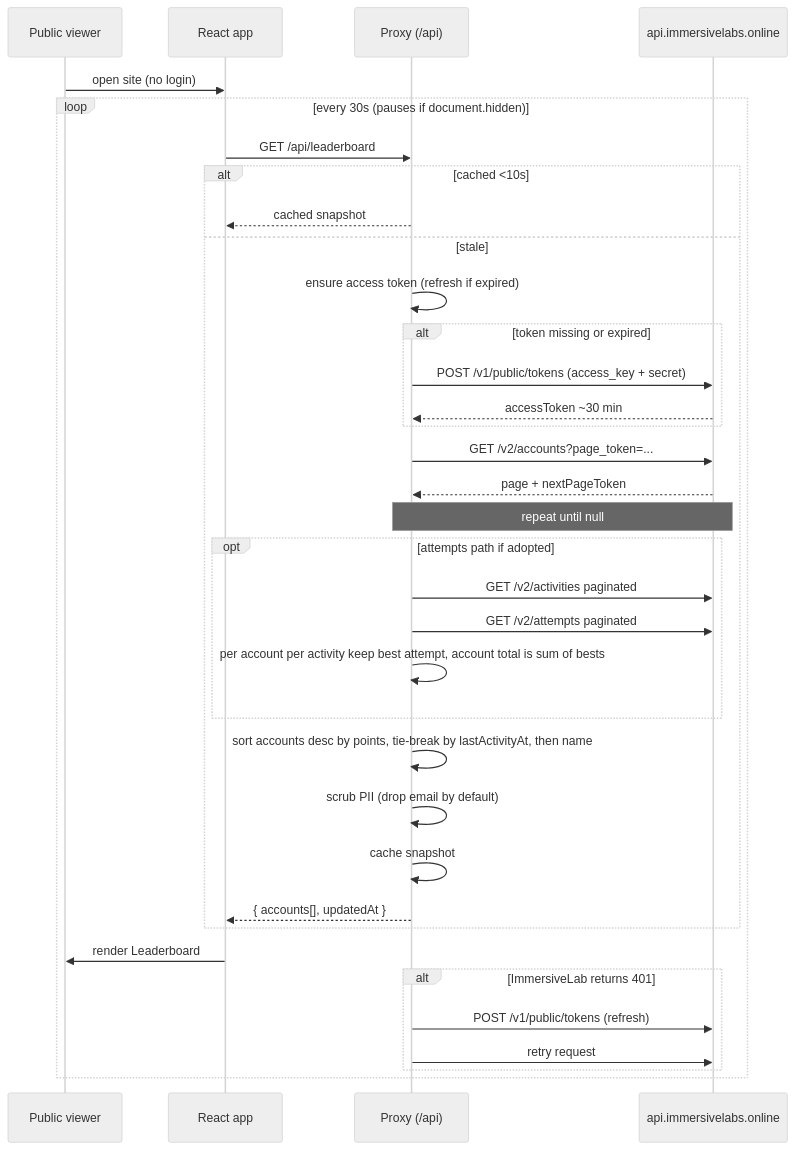
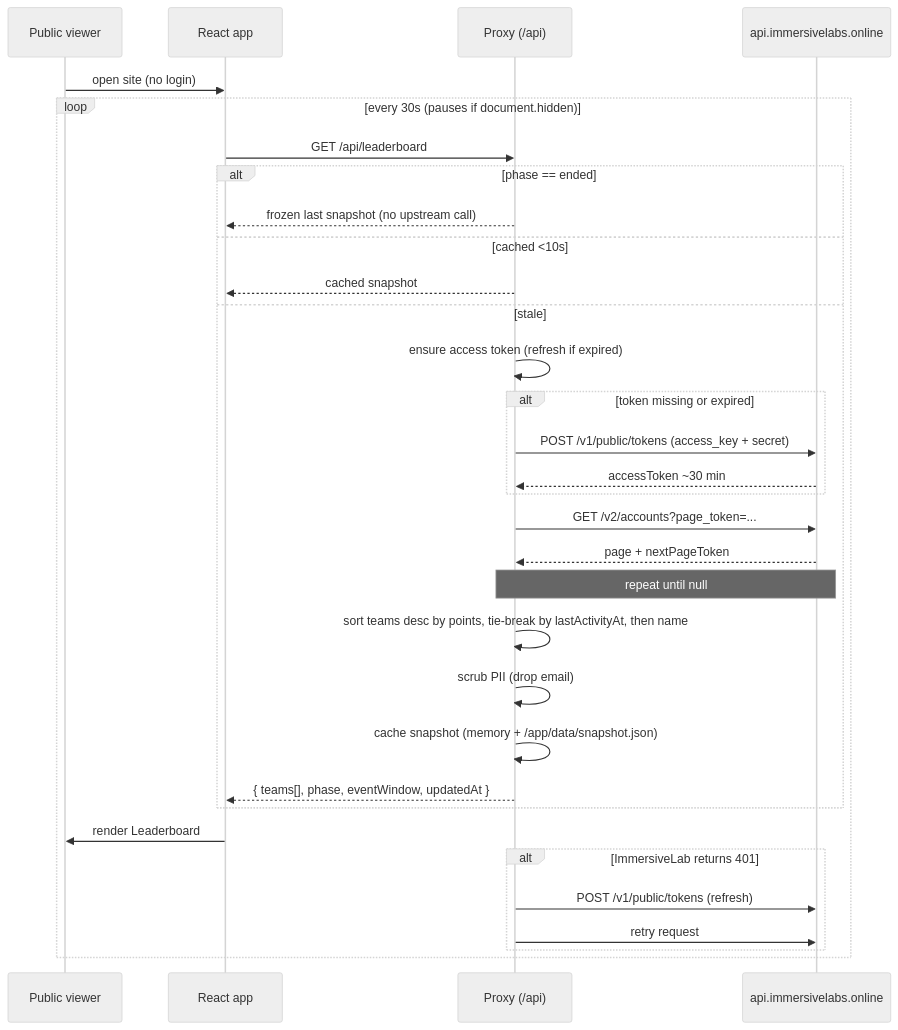
The first of 3 diagrams in docs/data-flow.md (Arylmera/TheGreenGauntlet), drawn with Mermaid (neutral theme) before and after one commit. The commit also changed other lines of this file and 15 other files, not shown here.

First line of the commit message:
docs: scope dashboard for 30-team 8h event with fresh IL accounts

````diff
--- a/docs/data-flow.md
+++ b/docs/data-flow.md
@@ -9,38 +9,35 @@
 ```mermaid
 sequenceDiagram
     participant U as Public viewer
     participant FE as React app
     participant PX as Proxy (/api)
     participant ImmersiveLab as api.immersivelabs.online
 
     U->>FE: open site (no login)
     loop every 30s (pauses if document.hidden)
         FE->>PX: GET /api/leaderboard
-        alt cached <10s
+        alt phase == ended
+            PX-->>FE: frozen last snapshot (no upstream call)
+        else cached <10s
             PX-->>FE: cached snapshot
         else stale
             PX->>PX: ensure access token (refresh if expired)
             alt token missing or expired
                 PX->>ImmersiveLab: POST /v1/public/tokens (access_key + secret)
                 ImmersiveLab-->>PX: accessToken ~30 min
             end
             PX->>ImmersiveLab: GET /v2/accounts?page_token=...
             ImmersiveLab-->>PX: page + nextPageToken
             Note over PX,ImmersiveLab: repeat until null
-            opt attempts path if adopted
-                PX->>ImmersiveLab: GET /v2/activities paginated
-                PX->>ImmersiveLab: GET /v2/attempts paginated
-                PX->>PX: per account per activity keep best attempt, account total is sum of bests
-            end
-            PX->>PX: sort accounts desc by points, tie-break by lastActivityAt, then name
-            PX->>PX: scrub PII (drop email by default)
-            PX->>PX: cache snapshot
-            PX-->>FE: { accounts[], updatedAt }
+            PX->>PX: sort teams desc by points, tie-break by lastActivityAt, then name
+            PX->>PX: scrub PII (drop email)
+            PX->>PX: cache snapshot (memory + /app/data/snapshot.json)
+            PX-->>FE: { teams[], phase, eventWindow, updatedAt }
         end
         FE->>U: render Leaderboard
         alt ImmersiveLab returns 401
             PX->>ImmersiveLab: POST /v1/public/tokens (refresh)
             PX->>ImmersiveLab: retry request
         end
     end
 ```
````
